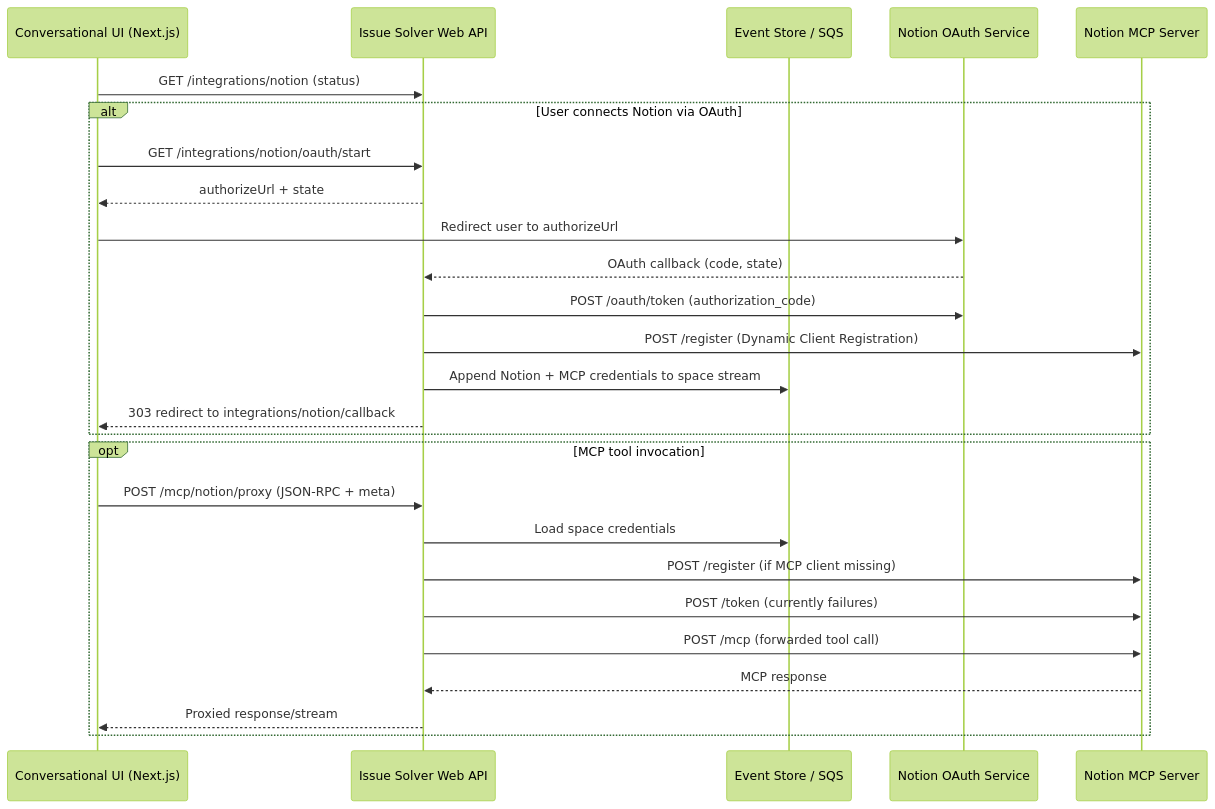
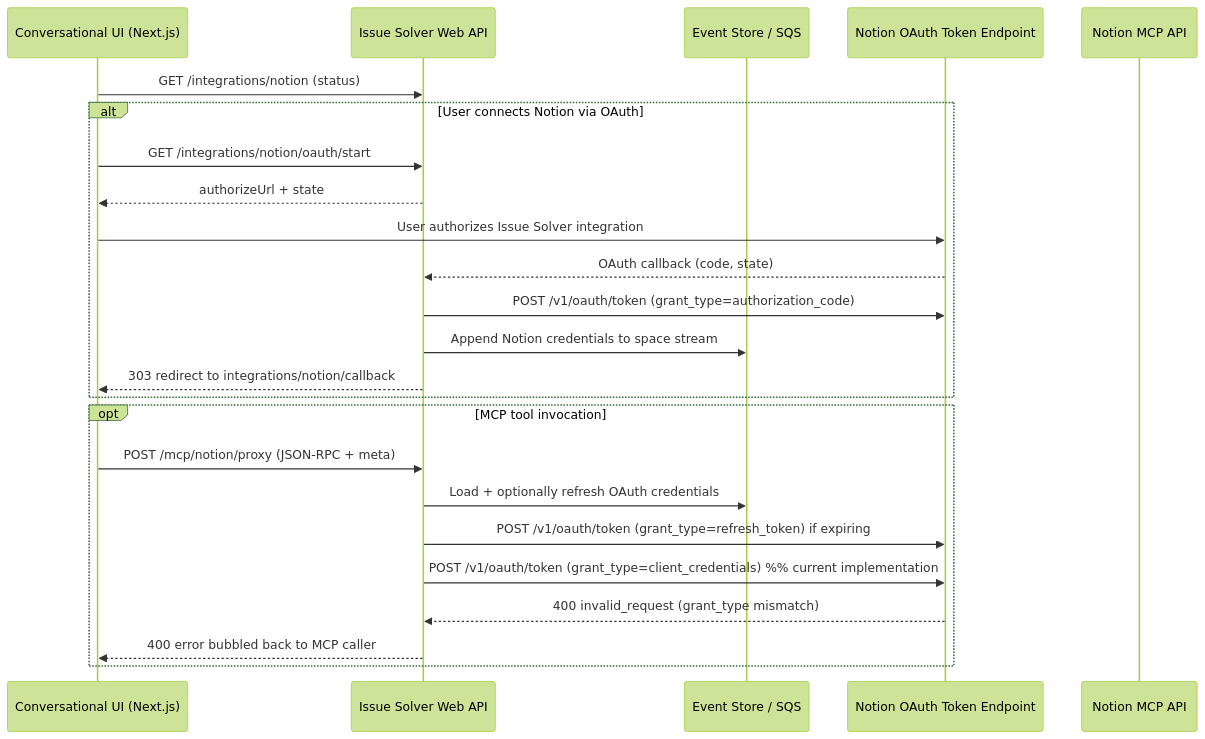
Before and after one commit to umans-tech/issue-solver-bots: the diagram in docs/notion-mcp-integration-investigation.md, drawn with Mermaid (forest theme). The commit also changed other lines of this file, not shown here.

Commit message:
chore(issue-solver): refine OAuth token handling for Notion MCP integration to prevent invalid `client_credentials` grant usage and improve error clarity 🛠️✨

````diff
--- a/docs/notion-mcp-integration-investigation.md
+++ b/docs/notion-mcp-integration-investigation.md
@@ -5,30 +5,28 @@
 ```mermaid
 sequenceDiagram
     participant UI as Conversational UI (Next.js)
     participant API as Issue Solver Web API
     participant ES as Event Store / SQS
-    participant NotionOAuth as Notion OAuth Service
-    participant NotionMCP as Notion MCP Server
+    participant Token as Notion OAuth Token Endpoint
+    participant MCP as Notion MCP API
 
     UI->>API: GET /integrations/notion (status)
     alt User connects Notion via OAuth
         UI->>API: GET /integrations/notion/oauth/start
         API-->>UI: authorizeUrl + state
-        UI->>NotionOAuth: Redirect user to authorizeUrl
-        NotionOAuth-->>API: OAuth callback (code, state)
-        API->>NotionOAuth: POST /oauth/token (authorization_code)
-        API->>NotionMCP: POST /register (Dynamic Client Registration)
-        API->>ES: Append Notion + MCP credentials to space stream
+        UI->>Token: User authorizes Issue Solver integration
+        Token-->>API: OAuth callback (code, state)
+        API->>Token: POST /v1/oauth/token (grant_type=authorization_code)
+        API->>ES: Append Notion credentials to space stream
         API-->>UI: 303 redirect to integrations/notion/callback
     end
 
     opt MCP tool invocation
         UI->>API: POST /mcp/notion/proxy (JSON-RPC + meta)
-        API->>ES: Load space credentials
-        API->>NotionMCP: POST /register (if MCP client missing)
-        API->>NotionMCP: POST /token (currently failures)
-        API->>NotionMCP: POST /mcp (forwarded tool call)
-        NotionMCP-->>API: MCP response
-        API-->>UI: Proxied response/stream
+        API->>ES: Load + optionally refresh OAuth credentials
+        API->>Token: POST /v1/oauth/token (grant_type=refresh_token) if expiring
+        API->>Token: POST /v1/oauth/token (grant_type=client_credentials)  %% current implementation
+        Token-->>API: 400 invalid_request (grant_type mismatch)
+        API-->>UI: 400 error bubbled back to MCP caller
     end
 ```
````
